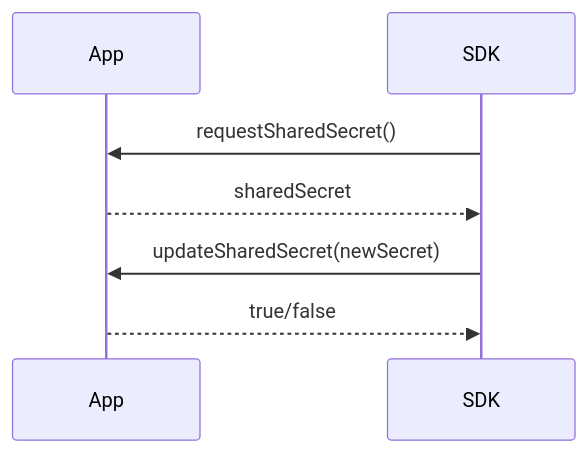
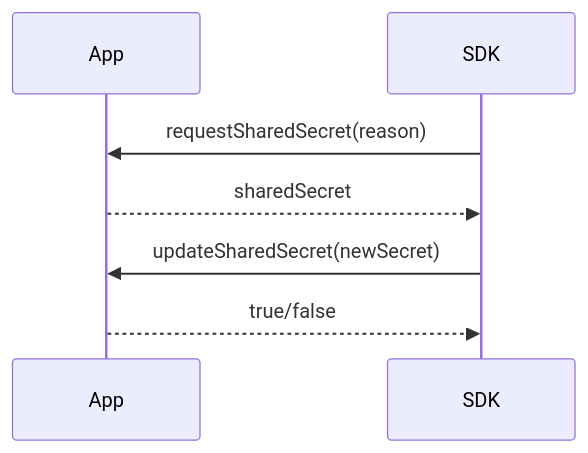
One commit to kryptogo/kg-mobile-wallet-sdk changed the fourth of 7 diagrams in README.md. Above: the diagram before and after it, drawn with Mermaid. The commit also changed other lines of this file and 57 other files, not shown here.

````diff
--- a/README.md
+++ b/README.md
@@ -134,9 +147,9 @@
 ```mermaid
 sequenceDiagram
 participant App
 participant SDK
-SDK->>App: requestSharedSecret()
+SDK->>App: requestSharedSecret(reason)
 App-->>SDK: sharedSecret
 SDK->>App: updateSharedSecret(newSecret)
 App-->>SDK: true/false
 ```
````
